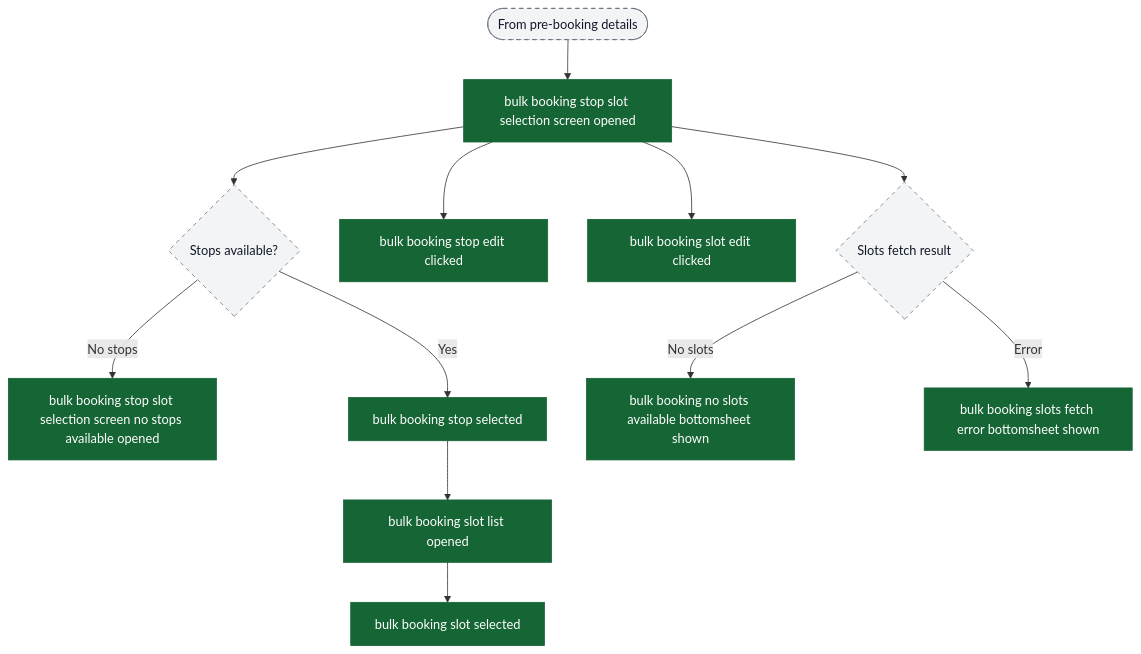
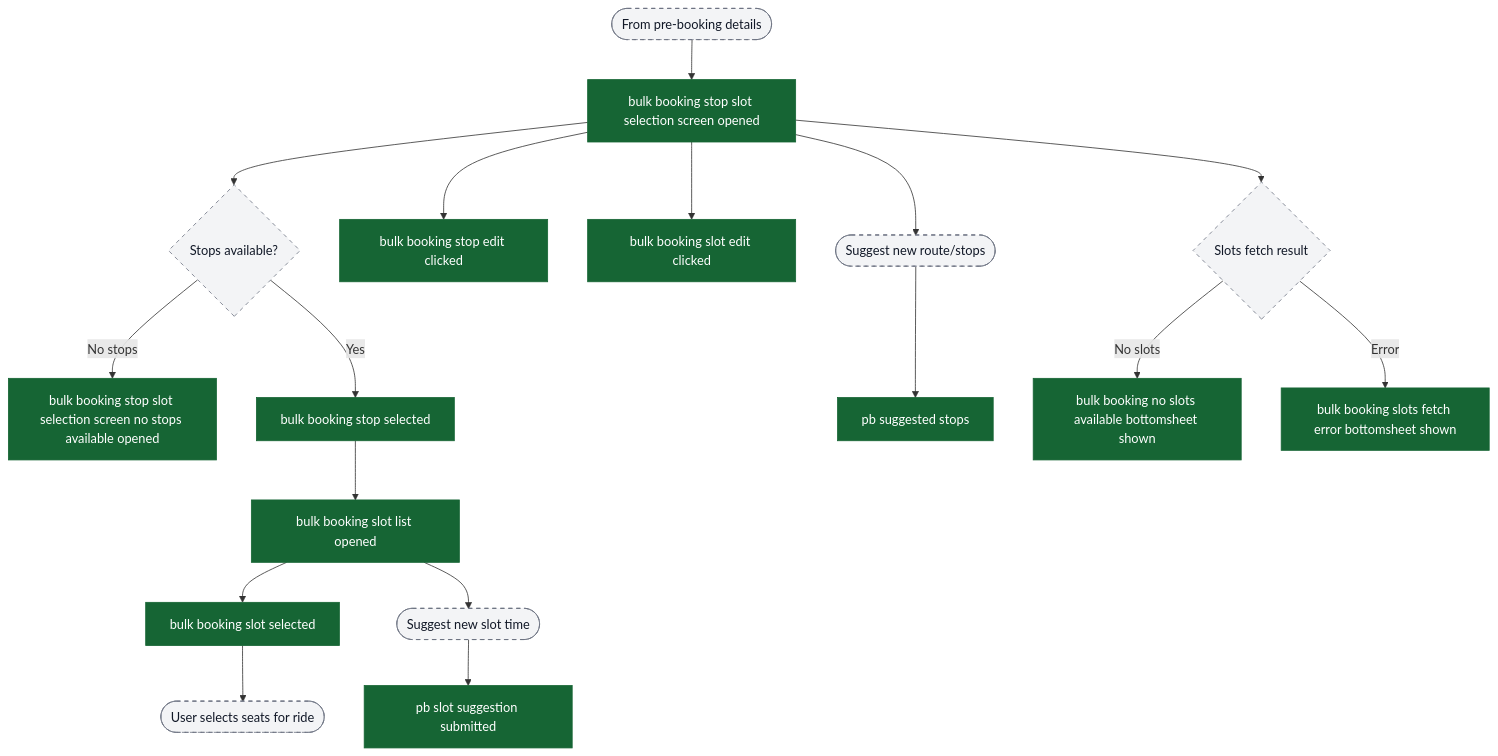
Before and after one commit to ratulsarna/chalo-app-dashboard: the fifth of 7 diagrams in content/analytics/premium-bus-bulk-booking/flow-diagrams.md, drawn with Mermaid. The commit also changed other lines of this file and 1 other file, not shown here.

Commit message:
feat(analytics): enhance flow diagrams for premium bus bulk booking with new events and properties

````diff
--- a/content/analytics/premium-bus-bulk-booking/flow-diagrams.md
+++ b/content/analytics/premium-bus-bulk-booking/flow-diagrams.md
@@ -140,24 +143,34 @@
 ```mermaid
 flowchart TD
   ui_entry([From pre-booking details]) --> ev_stopSlotOpen["bulk booking stop slot selection screen opened"]
 
   ev_stopSlotOpen --> ui_stops{Stops available?}
   ui_stops -->|No stops| ev_noStops["bulk booking stop slot selection screen no stops available opened"]
   ui_stops -->|Yes| ev_stopSelected["bulk booking stop selected"]
 
   ev_stopSlotOpen --> ev_stopEdit["bulk booking stop edit clicked"]
   ev_stopSlotOpen --> ev_slotEdit["bulk booking slot edit clicked"]
 
   ev_stopSelected --> ev_slotListOpened["bulk booking slot list opened"]
   ev_slotListOpened --> ev_slotSelected["bulk booking slot selected"]
 
+  ev_stopSlotOpen --> ui_routeSuggestion([Suggest new route/stops])
+  ui_routeSuggestion --> ev_suggestedStops["pb suggested stops"]
+
+  ev_slotListOpened --> ui_slotSuggestion([Suggest new slot time])
+  ui_slotSuggestion --> ev_slotSuggestionSubmitted["pb slot suggestion submitted"]
+
+  ev_slotSelected --> ui_seatSelectionCta([User selects seats for ride])
+
   ev_stopSlotOpen --> ui_slotsFetch{Slots fetch result}
   ui_slotsFetch -->|No slots| ev_noSlots["bulk booking no slots available bottomsheet shown"]
   ui_slotsFetch -->|Error| ev_slotsError["bulk booking slots fetch error bottomsheet shown"]
 
+  %%chalo:diagram-link ui_seatSelectionCta -> title:Seat Selection (Bulk Context)
+
   classDef event fill:#166534,stroke:#166534,color:#ffffff;
   classDef ui fill:#f3f4f6,stroke:#6b7280,stroke-dasharray: 5 5,color:#111827;
 
-  class ev_stopSlotOpen,ev_noStops,ev_stopSelected,ev_stopEdit,ev_slotEdit,ev_slotListOpened,ev_slotSelected,ev_noSlots,ev_slotsError event;
-  class ui_entry,ui_stops,ui_slotsFetch ui;
+  class ev_stopSlotOpen,ev_noStops,ev_stopSelected,ev_stopEdit,ev_slotEdit,ev_slotListOpened,ev_slotSelected,ev_suggestedStops,ev_slotSuggestionSubmitted,ev_noSlots,ev_slotsError event;
+  class ui_entry,ui_stops,ui_routeSuggestion,ui_slotSuggestion,ui_seatSelectionCta,ui_slotsFetch ui;
 ```
````
